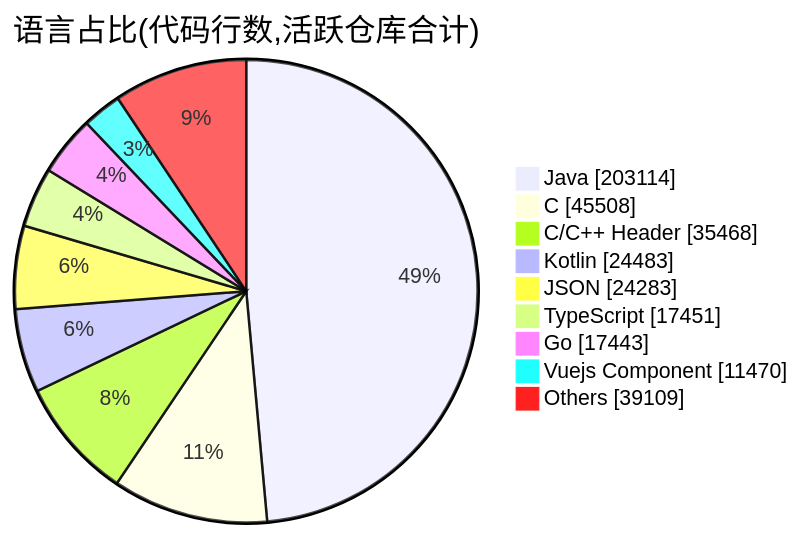
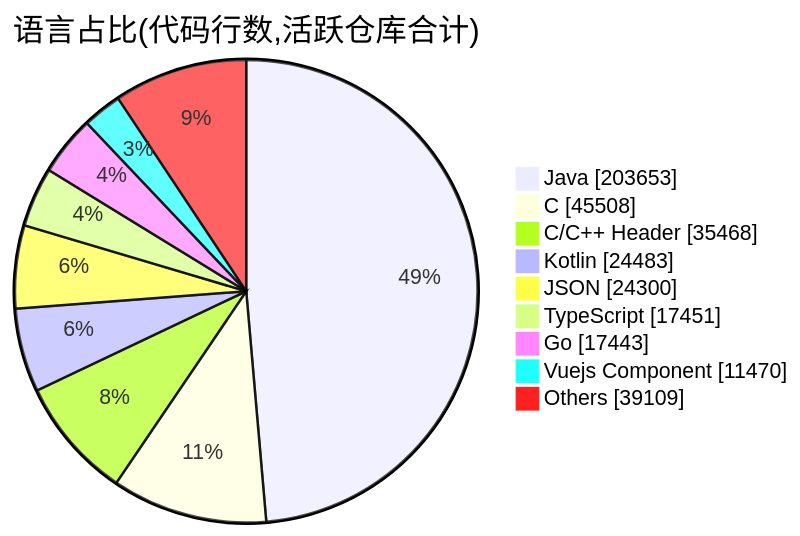
The second of 2 diagrams in profile/README.md (Conflux-Union/.github), drawn with Mermaid before and after one commit. The commit also changed other lines of this file and 1 other file, not shown here.

````diff
--- a/profile/README.md
+++ b/profile/README.md
@@ -82,13 +82,13 @@
 ```mermaid
 pie showData
     title 语言占比(代码行数,活跃仓库合计)
-    "Java" : 203114
+    "Java" : 203653
     "C" : 45508
     "C/C++ Header" : 35468
     "Kotlin" : 24483
-    "JSON" : 24283
+    "JSON" : 24300
     "TypeScript" : 17451
     "Go" : 17443
     "Vuejs Component" : 11470
     "Others" : 39109
 ```
````
